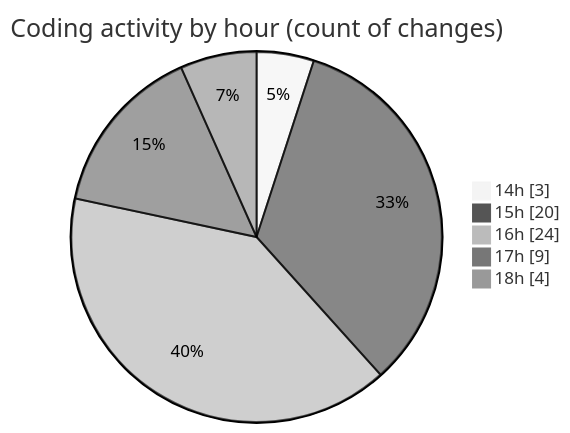
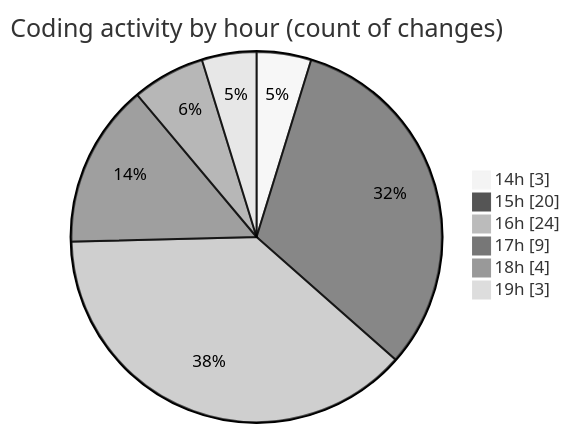
The second of 2 diagrams in 2025-06-02/nxtqube_webapp/README.md (nxtqubesakshisongat/code-tracking), drawn with Mermaid (neutral theme) before and after one commit. The commit also changed other lines of this file and 1 other file, not shown here.

````diff
--- a/2025-06-02/nxtqube_webapp/README.md
+++ b/2025-06-02/nxtqube_webapp/README.md
@@ -29,9 +29,10 @@
 ```mermaid
 pie showData
 title Coding activity by hour (count of changes)
 "14h" : 3
 "15h" : 20
 "16h" : 24
 "17h" : 9
 "18h" : 4
+"19h" : 3
 ```
````
